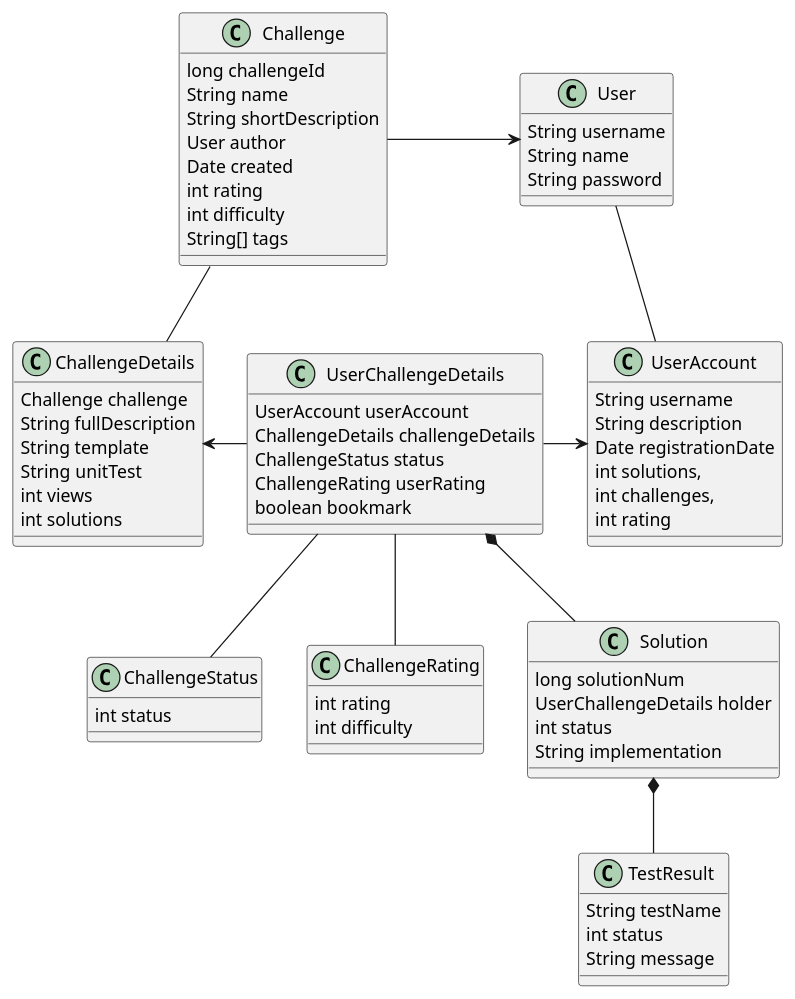
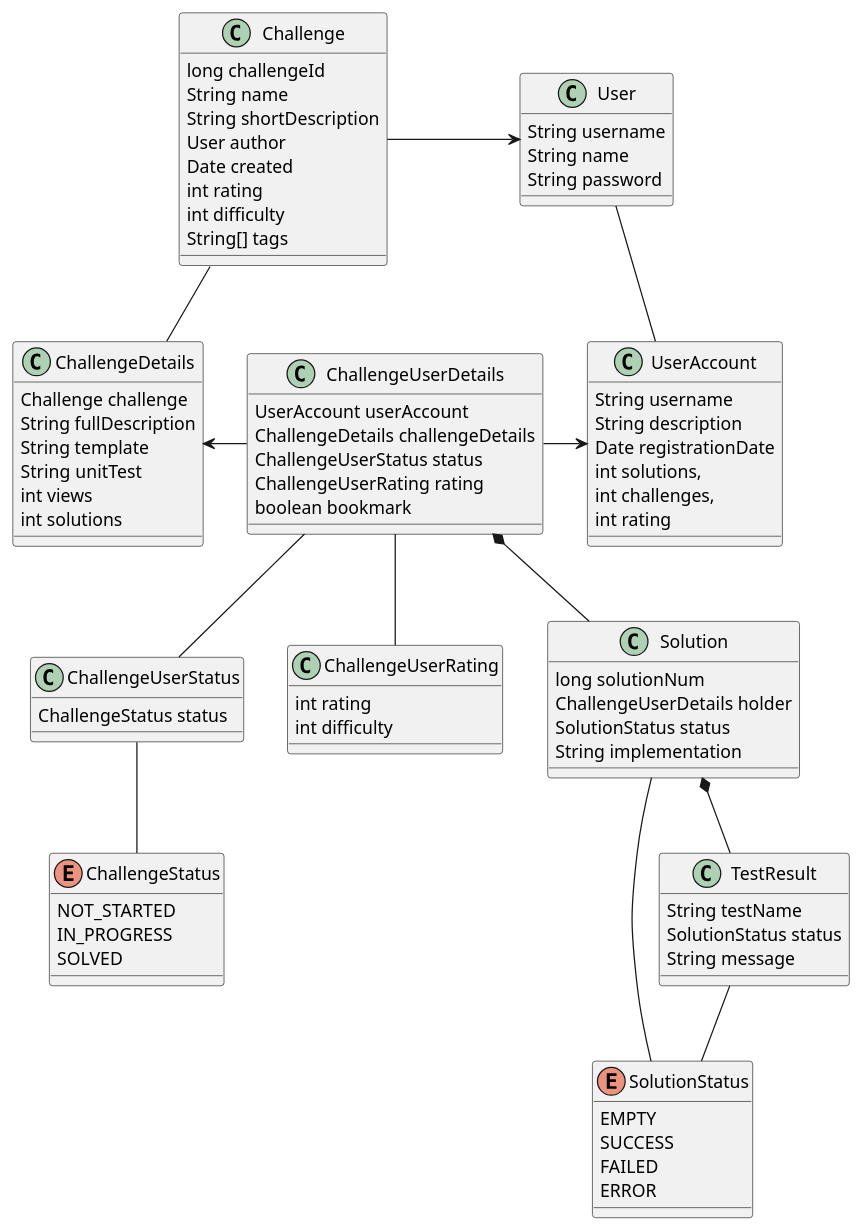
Before and after one commit to Daemon712/foobarbaz-backend: the diagram in design/data_model/common.puml, drawn with PlantUML. The commit also changed 23 other files, not shown here.

```diff
--- a/design/data_model/common.puml
+++ b/design/data_model/common.puml
@@ -1,79 +1,95 @@
 @startuml
 
 class User {
     String username
     String name
     String password
 }
 
 class UserAccount {
     String username
     String description
     Date registrationDate
     int solutions,
     int challenges,
     int rating
 }
 
 class Challenge {
     long challengeId
     String name
     String shortDescription
     User author
     Date created
     int rating
     int difficulty
     String[] tags
 }
 
 class ChallengeDetails {
     Challenge challenge
     String fullDescription
     String template
     String unitTest
     int views
     int solutions
 }
 
-class ChallengeStatus {
-    int status
+class ChallengeUserStatus {
+    ChallengeStatus status
 }
 
-class ChallengeRating {
+enum ChallengeStatus {
+    NOT_STARTED
+    IN_PROGRESS
+    SOLVED
+}
+
+class ChallengeUserRating {
     int rating
     int difficulty
 }
 
-class UserChallengeDetails {
+class ChallengeUserDetails {
     UserAccount userAccount
     ChallengeDetails challengeDetails
-    ChallengeStatus status
-    ChallengeRating userRating
+    ChallengeUserStatus status
+    ChallengeUserRating rating
     boolean bookmark
 }
 
 class Solution {
     long solutionNum
-    UserChallengeDetails holder
-    int status
+    ChallengeUserDetails holder
+    SolutionStatus status
     String implementation
+}
+
+enum SolutionStatus {
+    EMPTY
+    SUCCESS
+    FAILED
+    ERROR
 }
 
 class TestResult {
     String testName
-    int status
+    SolutionStatus status
     String message
 }
 
 
 Challenge -> User
 User -- UserAccount
 Challenge -- ChallengeDetails
-ChallengeDetails <- UserChallengeDetails
-UserChallengeDetails -> UserAccount
-UserChallengeDetails -- ChallengeStatus
-UserChallengeDetails -- ChallengeRating
-UserChallengeDetails *-- Solution
+ChallengeDetails <- ChallengeUserDetails
+ChallengeUserDetails -> UserAccount
+ChallengeUserDetails -- ChallengeUserStatus
+ChallengeUserStatus -- ChallengeStatus
+ChallengeUserDetails -- ChallengeUserRating
+ChallengeUserDetails *-- Solution
+Solution -- SolutionStatus
 Solution *-- TestResult
+TestResult -- SolutionStatus
 
 @enduml
```
